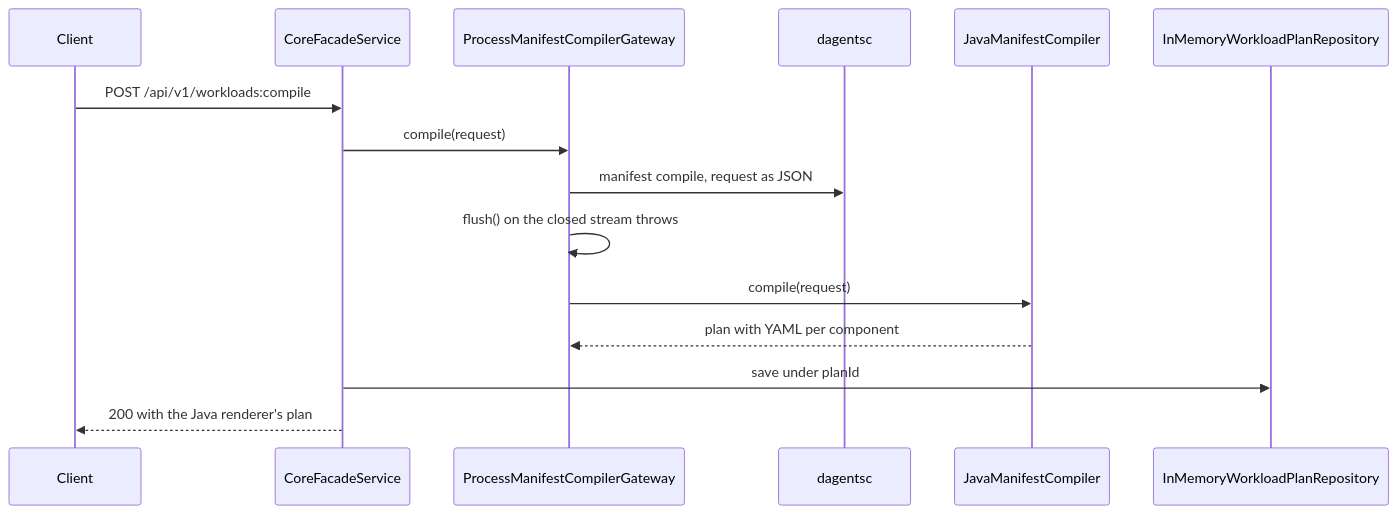
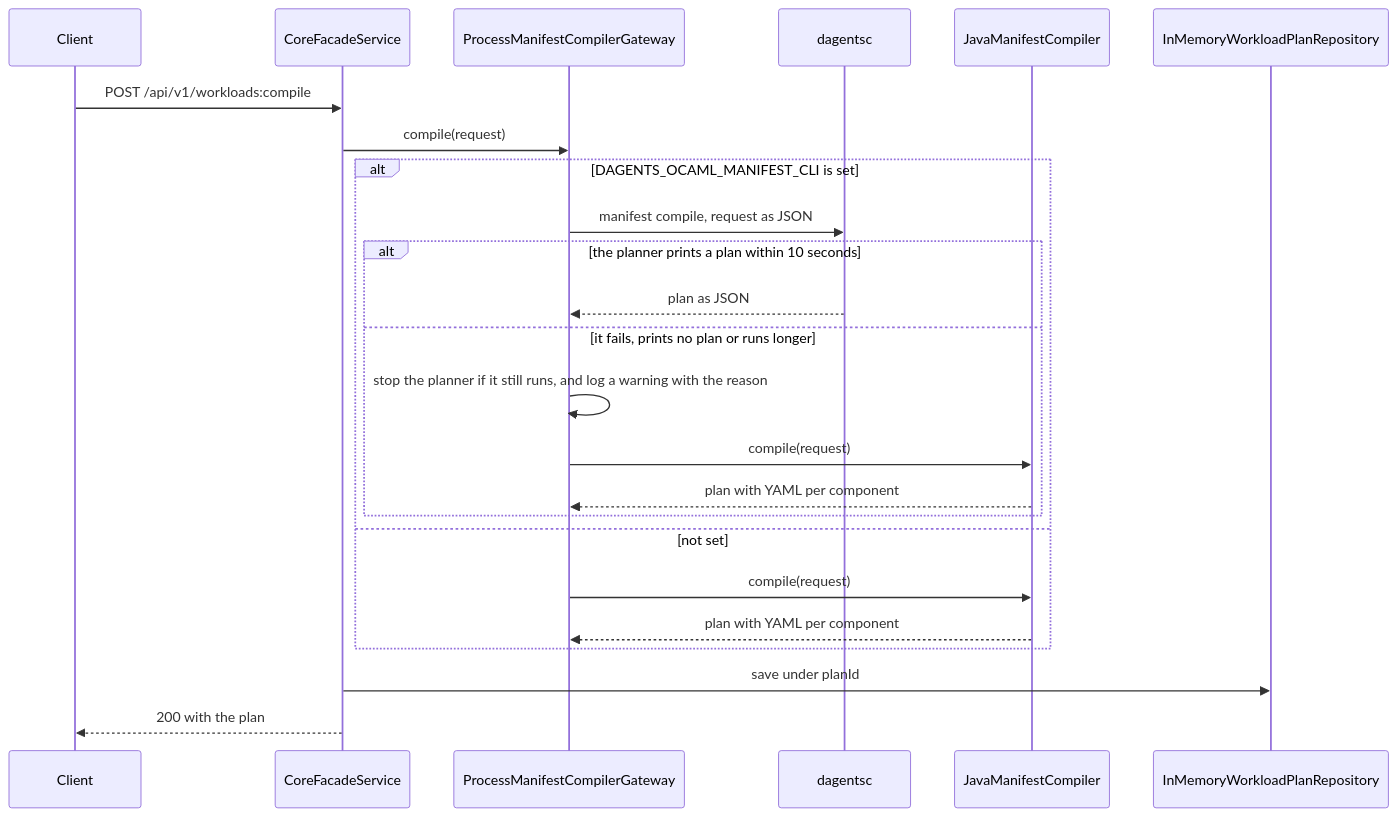
Before and after one commit to pradyunuydarp/Dagents: the third of 3 diagrams in docs/reference/api/spring-services.md, drawn with Mermaid. The commit also changed other lines of this file and 11 other files, not shown here.

````diff
--- a/docs/reference/api/spring-services.md
+++ b/docs/reference/api/spring-services.md
@@ -434,17 +451,26 @@
 ```mermaid
 sequenceDiagram
     participant Client
     participant Facade as CoreFacadeService
     participant Gateway as ProcessManifestCompilerGateway
     participant Planner as dagentsc
     participant Java as JavaManifestCompiler
     participant Plans as InMemoryWorkloadPlanRepository
     Client->>Facade: POST /api/v1/workloads:compile
     Facade->>Gateway: compile(request)
-    Gateway->>Planner: manifest compile, request as JSON
-    Gateway->>Gateway: flush() on the closed stream throws
-    Gateway->>Java: compile(request)
-    Java-->>Gateway: plan with YAML per component
+    alt DAGENTS_OCAML_MANIFEST_CLI is set
+        Gateway->>Planner: manifest compile, request as JSON
+        alt the planner prints a plan within 10 seconds
+            Planner-->>Gateway: plan as JSON
+        else it fails, prints no plan or runs longer
+            Gateway->>Gateway: stop the planner if it still runs, and log a warning with the reason
+            Gateway->>Java: compile(request)
+            Java-->>Gateway: plan with YAML per component
+        end
+    else not set
+        Gateway->>Java: compile(request)
+        Java-->>Gateway: plan with YAML per component
+    end
     Facade->>Plans: save under planId
-    Facade-->>Client: 200 with the Java renderer's plan
+    Facade-->>Client: 200 with the plan
 ```
````
